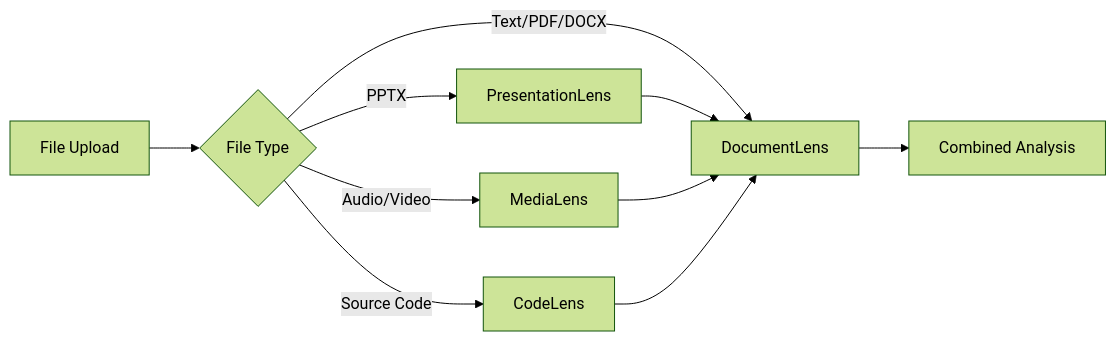
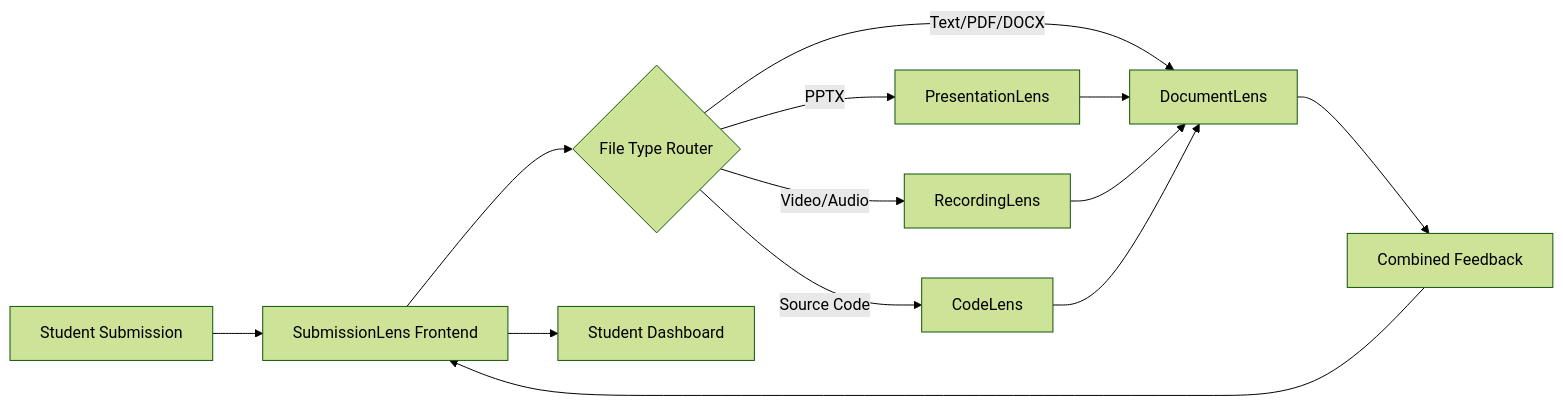
One commit to michaelborck-education/document-lens changed the diagram in README.md. Above: the diagram before and after it, drawn with Mermaid (forest theme). The commit also changed other lines of this file and 3 other files, not shown here.

First line of the commit message:
Perfect service naming: RecordingLens + SubmissionLens architecture

````diff
--- a/README.md
+++ b/README.md
@@ -50,12 +51,15 @@
 ```mermaid
 graph LR
-    A[File Upload] --> B{File Type}
-    B -->|Text/PDF/DOCX| C[DocumentLens]
-    B -->|PPTX| D[PresentationLens]
-    B -->|Audio/Video| E[MediaLens]
-    B -->|Source Code| F[CodeLens]
-    D --> C
-    E --> C
-    F --> C
-    C --> G[Combined Analysis]
+    A[Student Submission] --> B[SubmissionLens Frontend]
+    B --> C{File Type Router}
+    C -->|Text/PDF/DOCX| D[DocumentLens]
+    C -->|PPTX| E[PresentationLens]
+    C -->|Video/Audio| F[RecordingLens]
+    C -->|Source Code| G[CodeLens]
+    E --> D
+    F --> D
+    G --> D
+    D --> H[Combined Feedback]
+    H --> B
+    B --> I[Student Dashboard]
 ```
````
